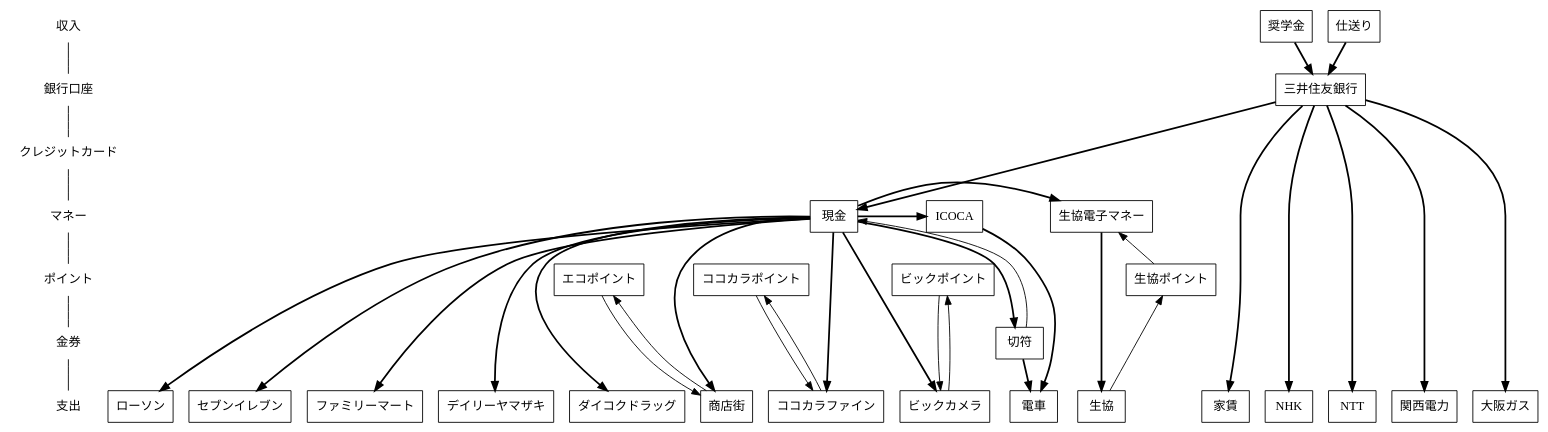
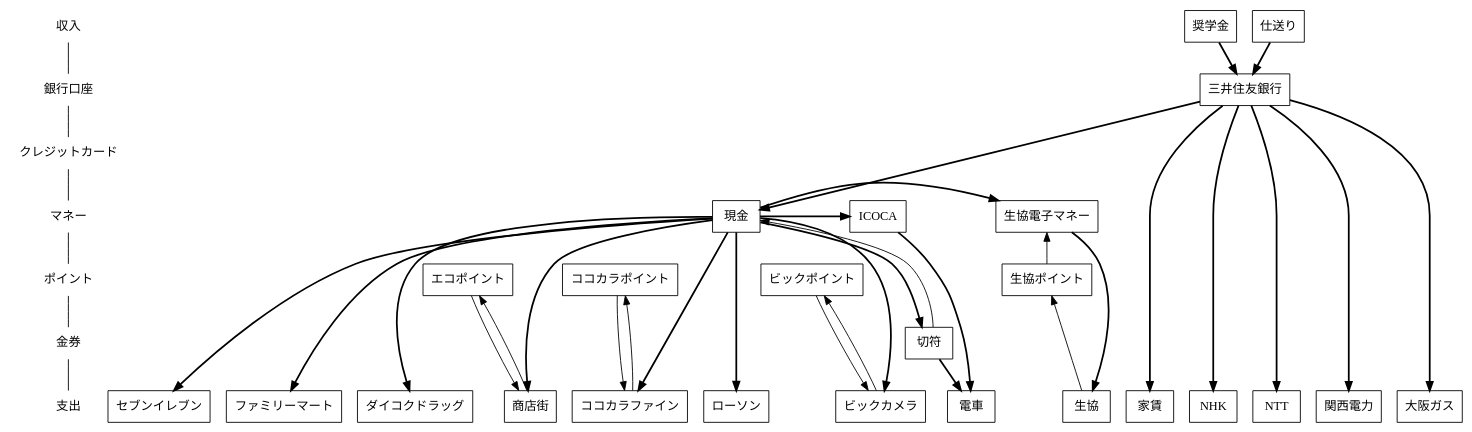
One commit to saireya/moneyflow changed the diagram in flow.dot. Above: the diagram before and after it, drawn with Graphviz.

Commit message:
2011/05: Removed DailyYamazaki

```diff
--- a/flow.dot
+++ b/flow.dot
@@ -1,90 +1,88 @@
 // dot -Tsvg flow.dot -o flow.svg
 digraph "MoneyFlow"
 {
 	node [ shape = box ];
 
 	"収入", "銀行口座", "クレジットカード", "マネー", "ポイント", "金券", "支出" [shape = none];
 	"収入" -> "銀行口座" -> "クレジットカード" -> "マネー" -> "ポイント" -> "金券" -> "支出" [arrowhead = none];
 	{
 		rank = same; "収入";
 		奨学金;
 		仕送り;
 	}
 
 	{
 		rank = same; "銀行口座";
 		三井住友銀行;
 	}
 
 	{
 		rank = same; "クレジットカード";
 	}
 
 	{
 		rank = same; "マネー";
 		ICOCA;
 		生協電子マネー;
 		現金;
 	}
 
 	{
 		rank = same; "ポイント";
 		エコポイント;
 		生協ポイント;
 		ココカラポイント;
 		ビックポイント;
 	}
 
 	{
 		rank = same; "金券";
 		切符;
 	}
 
 	{
 		rank = same; "支出";
 		家賃;
 		// コンビニ
 		ローソン;
 		セブンイレブン;
 		ファミリーマート;
-		デイリーヤマザキ;
 		// 交通
 		電車;
 		// インフラ
 		NHK;
 		NTT;
 		関西電力;
 		大阪ガス;
 		// 店舗
 		商店街;
 		生協;
 		ココカラファイン;
 		ダイコクドラッグ;
 		ビックカメラ;
 	}
 
 	// SMBC
 	奨学金 -> 三井住友銀行 [style="bold", weight=100];
 	仕送り -> 三井住友銀行 [style="bold", weight=100];
 	三井住友銀行 -> 現金, 家賃, 関西電力, 大阪ガス, NHK, NTT [style="bold", weight=100];
 
 	// 現金
 	現金 -> 商店街 [style="bold", weight=100];
 	商店街 -> エコポイント -> 商店街;
 	現金 -> ローソン [style="bold", weight=100];
 	現金 -> セブンイレブン [style="bold", weight=100];
 	現金 -> ファミリーマート [style="bold", weight=100];
-	現金 -> デイリーヤマザキ [style="bold", weight=100];
 	現金 -> 生協電子マネー [style="bold", weight=100];
 	生協電子マネー -> 生協 [style="bold", weight=100];
 	生協 -> 生協ポイント -> 生協電子マネー;
 	現金 -> ココカラファイン [style="bold", weight=100];
 	ココカラファイン -> ココカラポイント -> ココカラファイン;
 	現金 -> ダイコクドラッグ [style="bold", weight=100];
 	現金 -> ビックカメラ [style="bold", weight=100];
 	ビックカメラ -> ビックポイント -> ビックカメラ;
 
 	現金 -> ICOCA -> 電車 [style="bold", weight=100];
 	現金 -> 切符 -> 電車 [style="bold", weight=100];
 	切符 -> 現金;
 } 
```
